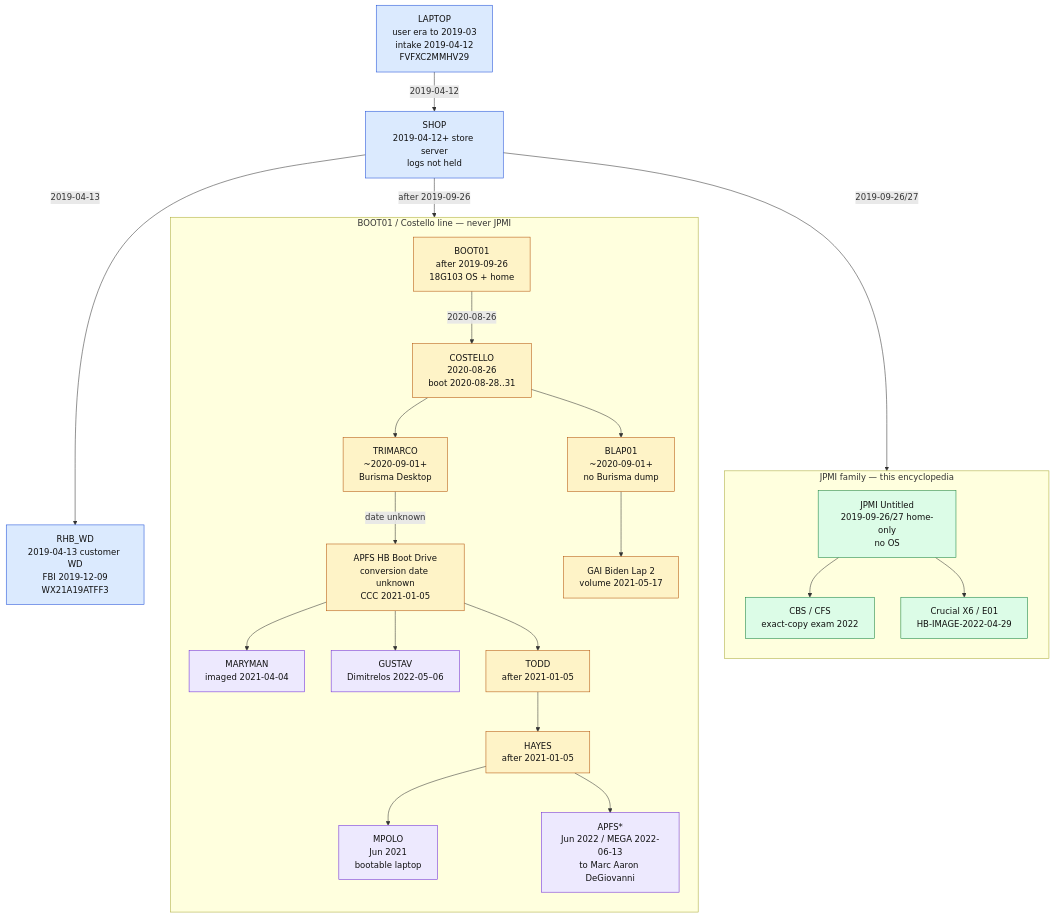
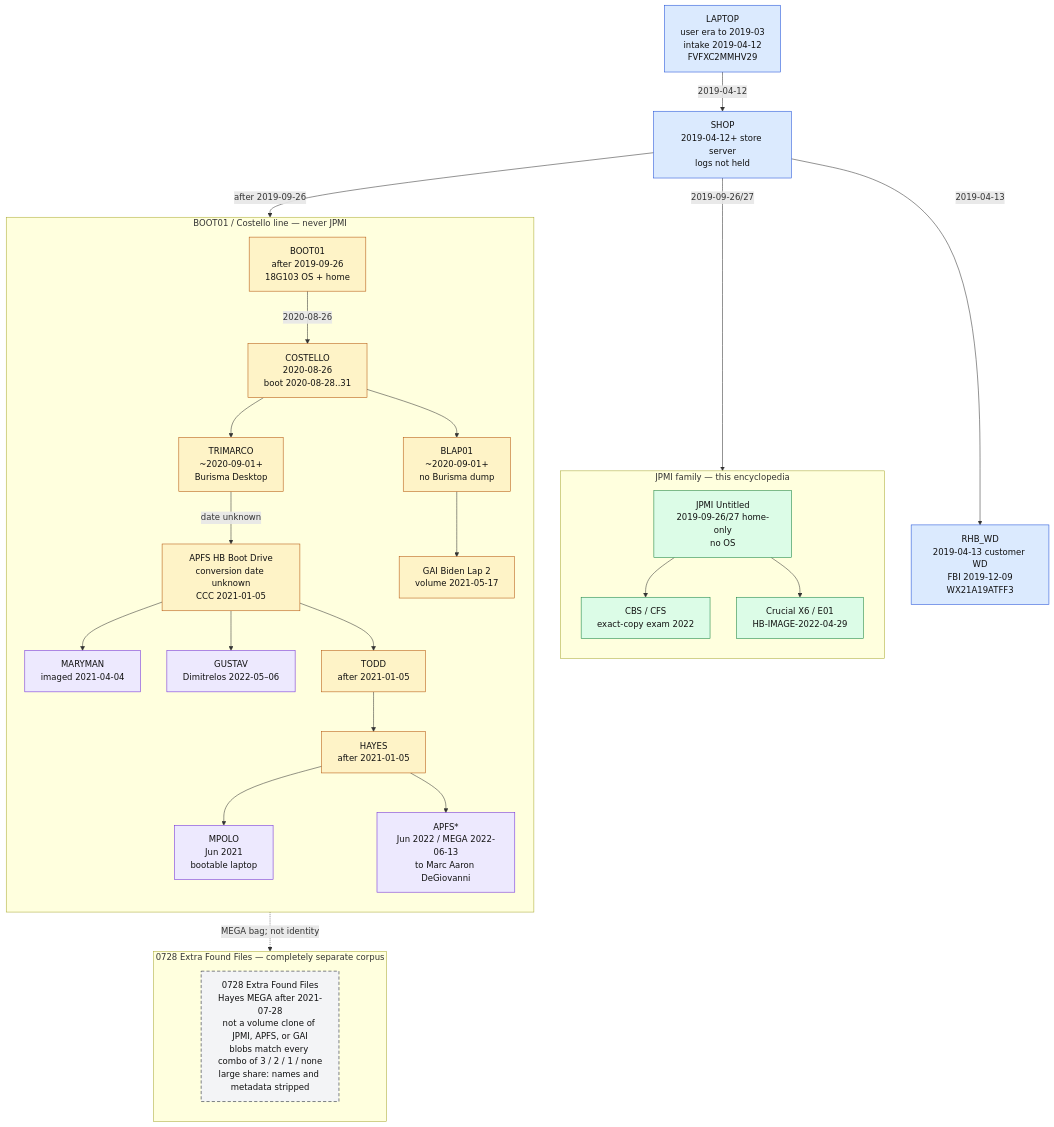
Before and after one commit to 459Crimes/HunterBidenLaptop_JPMI: the diagram in docs/diagrams/named_graph.mmd, drawn with Mermaid. The commit also changed 8 other files, not shown here.

First line of the commit message:
Clarify documentation regarding the 0728 Extra Found Files corpus

```diff
--- a/docs/diagrams/named_graph.mmd
+++ b/docs/diagrams/named_graph.mmd
@@ -1,52 +1,60 @@
 %% Canonical named copy graph.
 %% JPMI is not an ancestor of COSTELLO, TRIMARCO, APFS, HAYES, MPOLO, or APFS*.
+%% 0728 is a separate corpus (Hayes MEGA bag), not a clone of JPMI, APFS, or GAI.
 flowchart TB
   classDef shop fill:#dbeafe,stroke:#1d4ed8,color:#111
   classDef jpmi fill:#dcfce7,stroke:#15803d,color:#111
   classDef boot fill:#fef3c7,stroke:#b45309,color:#111
   classDef exam fill:#ede9fe,stroke:#6d28d9,color:#111
+  classDef side fill:#f3f4f6,stroke:#111827,stroke-dasharray: 6 4,color:#111
 
   LAPTOP["LAPTOP<br/>user era to 2019-03<br/>intake 2019-04-12<br/>FVFXC2MMHV29"]:::shop
   SHOP["SHOP<br/>2019-04-12+ store server<br/>logs not held"]:::shop
   RHB_WD["RHB_WD<br/>2019-04-13 customer WD<br/>FBI 2019-12-09<br/>WX21A19ATFF3"]:::shop
 
   subgraph JP["JPMI family — this encyclopedia"]
     direction TB
     JPMI["JPMI Untitled<br/>2019-09-26/27 home-only<br/>no OS"]:::jpmi
     CBS["CBS / CFS<br/>exact-copy exam 2022"]:::jpmi
     X6["Crucial X6 / E01<br/>HB-IMAGE-2022-04-29"]:::jpmi
   end
 
   subgraph BOOT["BOOT01 / Costello line — never JPMI"]
     direction TB
     BOOT01["BOOT01<br/>after 2019-09-26<br/>18G103 OS + home"]:::boot
     COSTELLO["COSTELLO<br/>2020-08-26<br/>boot 2020-08-28..31"]:::boot
     TRIMARCO["TRIMARCO<br/>~2020-09-01+<br/>Burisma Desktop"]:::boot
     BLAP01["BLAP01<br/>~2020-09-01+<br/>no Burisma dump"]:::boot
     APFS["APFS HB Boot Drive<br/>conversion date unknown<br/>CCC 2021-01-05"]:::boot
     GAI["GAI Biden Lap 2<br/>volume 2021-05-17"]:::boot
     MARYMAN["MARYMAN<br/>imaged 2021-04-04"]:::exam
     GUSTAV["GUSTAV<br/>Dimitrelos 2022-05–06"]:::exam
     TODD["TODD<br/>after 2021-01-05"]:::boot
     HAYES["HAYES<br/>after 2021-01-05"]:::boot
     MPOLO["MPOLO<br/>Jun 2021<br/>bootable laptop"]:::exam
     APFSstar["APFS*<br/>Jun 2022 / MEGA 2022-06-13<br/>to Marc Aaron DeGiovanni"]:::exam
   end
 
+  subgraph SIDE["0728 Extra Found Files — completely separate corpus"]
+    direction TB
+    EFF["0728 Extra Found Files<br/>Hayes MEGA after 2021-07-28<br/>not a volume clone of JPMI, APFS, or GAI<br/>blobs match every combo of 3 / 2 / 1 / none<br/>large share: names and metadata stripped"]:::side
+  end
+
   LAPTOP -->|2019-04-12| SHOP
   SHOP -->|2019-04-13| RHB_WD
   SHOP -->|2019-09-26/27| JPMI
   JPMI --> CBS
   JPMI --> X6
   SHOP -->|after 2019-09-26| BOOT01
   BOOT01 -->|2020-08-26| COSTELLO
   COSTELLO --> TRIMARCO
   COSTELLO --> BLAP01
   TRIMARCO -->|date unknown| APFS
   BLAP01 --> GAI
   APFS --> MARYMAN
   APFS --> GUSTAV
   APFS --> TODD
   TODD --> HAYES
   HAYES --> MPOLO
   HAYES --> APFSstar
+  HAYES -.->|MEGA bag; not identity| EFF
```
